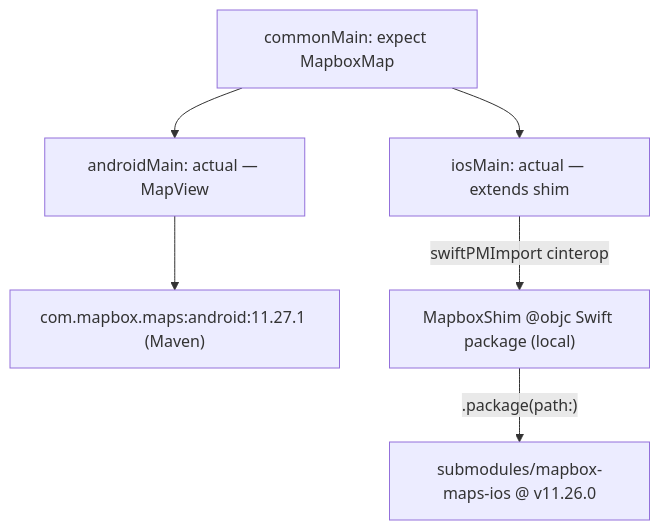
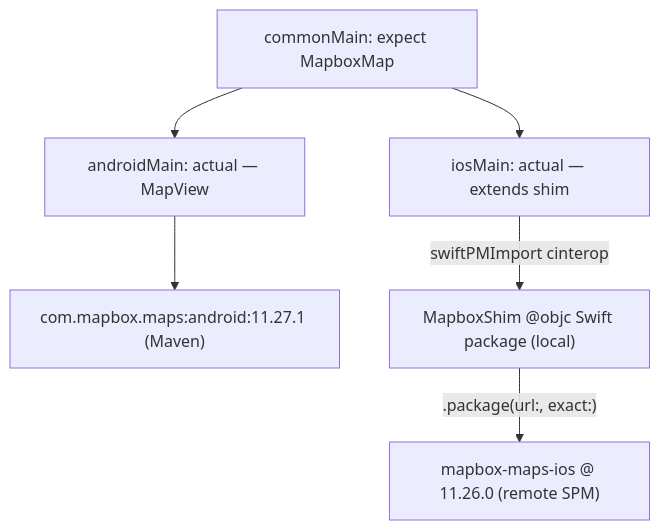
Before and after one commit to markst/mapbox-maps-kmp: the diagram in README.md, drawn with Mermaid. The commit also changed other lines of this file, not shown here.

````diff
--- a/README.md
+++ b/README.md
@@ -11,14 +11,14 @@
 ```mermaid
 graph TD
   common["commonMain: expect MapboxMap"]
   android["androidMain: actual — MapView"]
   ios["iosMain: actual — extends shim"]
   maven["com.mapbox.maps:android:11.27.1 (Maven)"]
   shim["MapboxShim @objc Swift package (local)"]
-  sdkios["submodules/mapbox-maps-ios @ v11.26.0"]
+  sdkios["mapbox-maps-ios @ 11.26.0 (remote SPM)"]
   common --> android
   common --> ios
   android --> maven
   ios -->|"swiftPMImport cinterop"| shim
-  shim -->|".package(path:)"| sdkios
+  shim -->|".package(url:, exact:)"| sdkios
 ```
````
